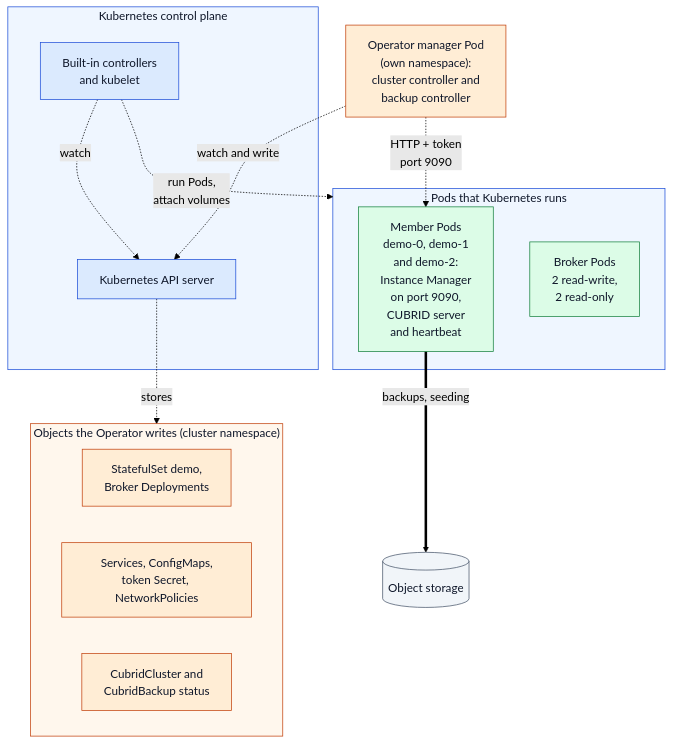
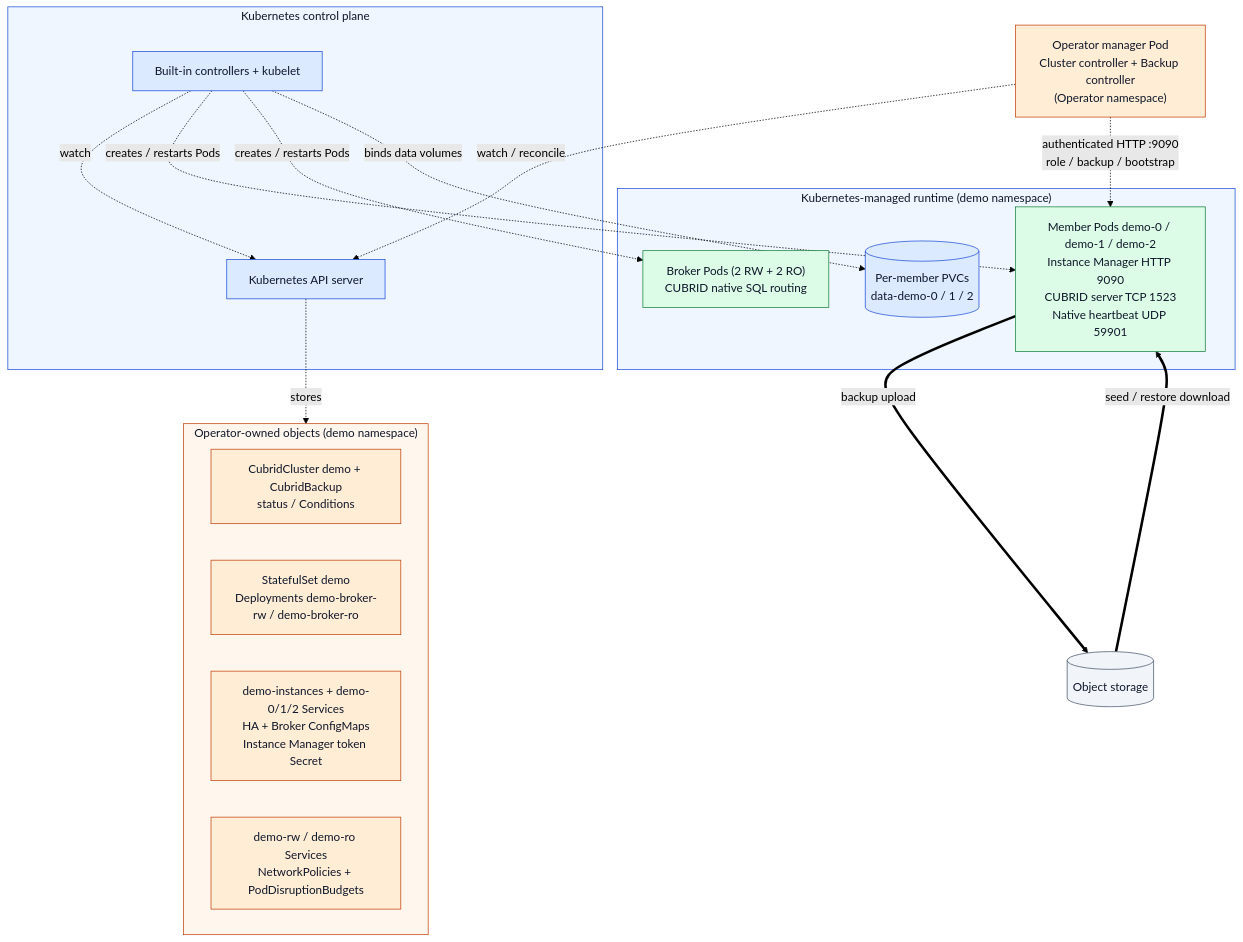
The first of 2 diagrams in docs/architecture/topology.md (cubrid-lab/cubrid-kubernetes-operator), drawn with Mermaid (forest theme) before and after one commit. The commit also changed other lines of this file, not shown here.

Commit message:
docs(architecture): establish a canonical HA topology across control and SQL paths

````diff
--- a/docs/architecture/topology.md
+++ b/docs/architecture/topology.md
@@ -25,38 +30,43 @@
 ```mermaid
 flowchart TB
-    mgr["Operator manager Pod<br/>(own namespace):<br/>cluster controller and<br/>backup controller"]:::op
+    mgr["Operator manager Pod<br/>Cluster controller + Backup controller<br/>(Operator namespace)"]:::op
 
     subgraph cp["Kubernetes control plane"]
         api["Kubernetes API server"]:::k8s
-        builtin["Built-in controllers<br/>and kubelet"]:::k8s
+        builtin["Built-in controllers + kubelet"]:::k8s
     end
 
-    subgraph objs["Objects the Operator writes (cluster namespace)"]
-        wl["StatefulSet demo,<br/>Broker Deployments"]:::op
-        cfg["Services, ConfigMaps,<br/>token Secret, NetworkPolicies"]:::op
-        crs["CubridCluster and<br/>CubridBackup status"]:::op
+    subgraph objs["Operator-owned objects (demo namespace)"]
+        crs["CubridCluster demo + CubridBackup<br/>status / Conditions"]:::op
+        workload["StatefulSet demo<br/>Deployments demo-broker-rw / demo-broker-ro"]:::op
+        config["demo-instances + demo-0/1/2 Services<br/>HA + Broker ConfigMaps<br/>Instance Manager token Secret"]:::op
+        safety["demo-rw / demo-ro Services<br/>NetworkPolicies + PodDisruptionBudgets"]:::op
     end
 
-    subgraph run["Pods that Kubernetes runs"]
-        members["Member Pods<br/>demo-0, demo-1<br/>and demo-2:<br/>Instance Manager<br/>on port 9090,<br/>CUBRID server<br/>and heartbeat"]:::cubrid
-        brokers["Broker Pods<br/>2 read-write,<br/>2 read-only"]:::cubrid
+    subgraph runtime["Kubernetes-managed runtime (demo namespace)"]
+        db["Member Pods demo-0 / demo-1 / demo-2<br/>Instance Manager HTTP 9090<br/>CUBRID server TCP 1523<br/>Native heartbeat UDP 59901"]:::cubrid
+        broker["Broker Pods (2 RW + 2 RO)<br/>CUBRID native SQL routing"]:::cubrid
+        pvc[("Per-member PVCs<br/>data-demo-0 / 1 / 2")]:::k8s
     end
 
-    objstore[("Object storage")]:::ext
+    store[("Object storage")]:::ext
 
-    mgr -. "watch and write" .-> api
+    mgr -. "watch / reconcile" .-> api
     builtin -. "watch" .-> api
     api -. "stores" .-> objs
-    builtin -. "run Pods,<br/>attach volumes" .-> run
-    mgr -. "HTTP + token<br/>port 9090" .-> members
-    members == "backups, seeding" ==> objstore
+    builtin -. "creates / restarts Pods" .-> db
+    builtin -. "creates / restarts Pods" .-> broker
+    builtin -. "binds data volumes" .-> pvc
+    mgr -. "authenticated HTTP :9090<br/>role / backup / bootstrap" .-> db
+    db == "backup upload" ==> store
+    store == "seed / restore download" ==> db
 
     classDef k8s fill:#dbeafe,stroke:#1d4ed8,color:#0f172a
     classDef op fill:#ffedd5,stroke:#c2410c,color:#0f172a
     classDef cubrid fill:#dcfce7,stroke:#15803d,color:#0f172a
     classDef ext fill:#f1f5f9,stroke:#475569,color:#0f172a
 
+    style cp fill:#eff6ff,stroke:#1d4ed8,color:#0f172a
     style objs fill:#fff7ed,stroke:#c2410c,color:#0f172a
-    style cp fill:#eff6ff,stroke:#1d4ed8,color:#0f172a
-    style run fill:#eff6ff,stroke:#1d4ed8,color:#0f172a
+    style runtime fill:#eff6ff,stroke:#1d4ed8,color:#0f172a
 ```
````
